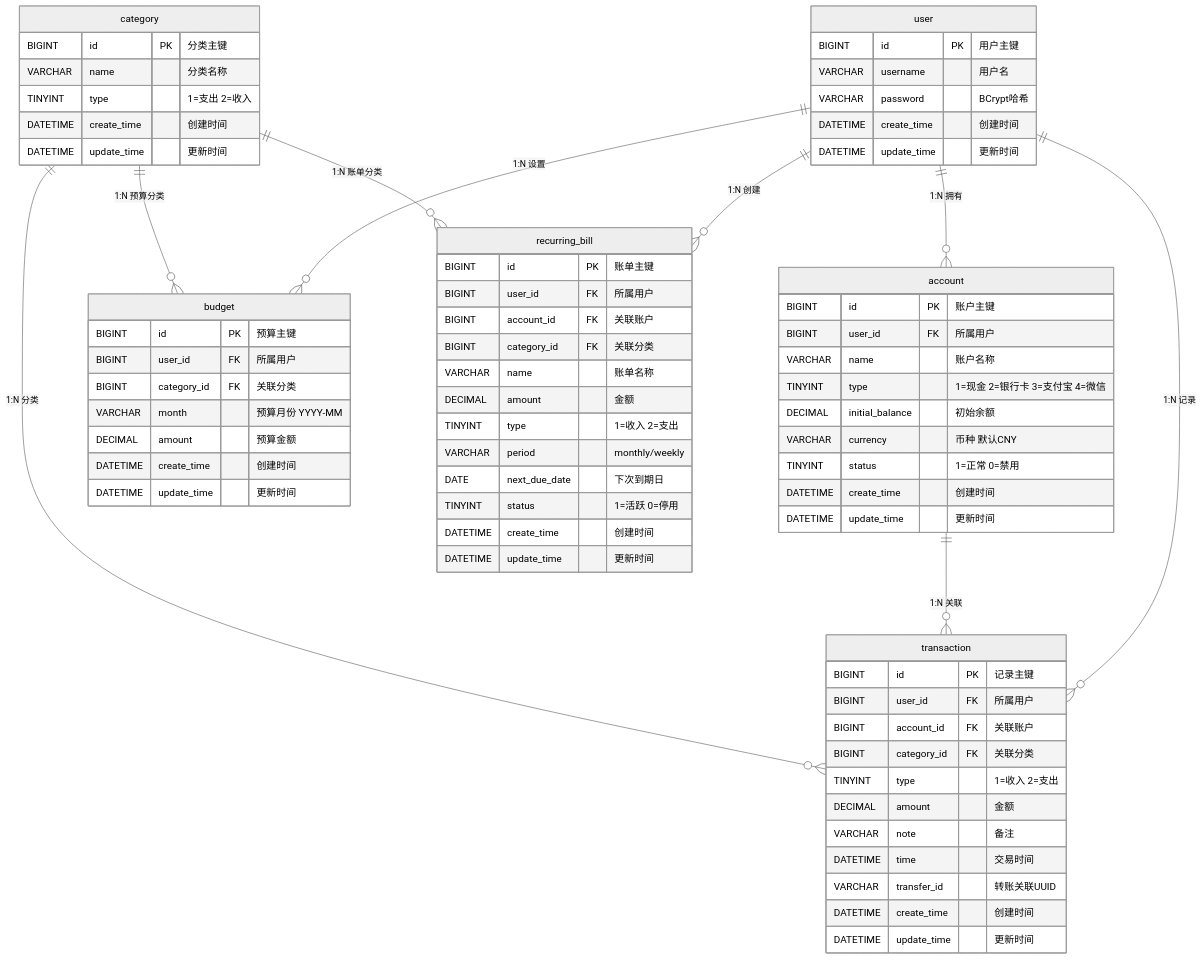
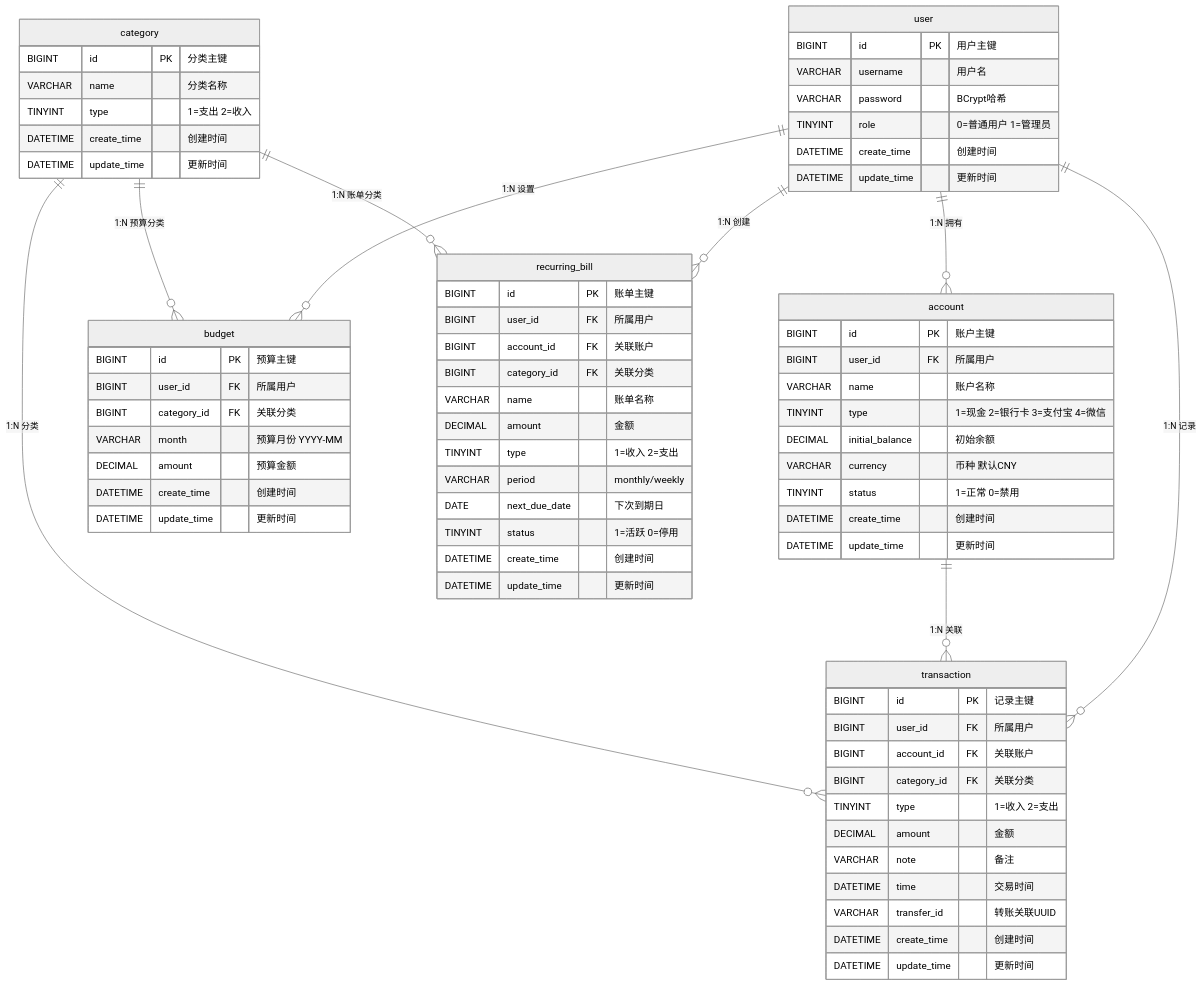
The diagram in system/docs/DATABASE_DESIGN.md (48ytw4q7zg-sudo/Question-12---Personal-Financial-Accounting-and-Analysis-System), drawn with Mermaid (neutral theme) before and after one commit. The commit also changed 52 other files, not shown here.

````diff
--- a/system/docs/DATABASE_DESIGN.md
+++ b/system/docs/DATABASE_DESIGN.md
@@ -10,73 +10,74 @@
 ```mermaid
 erDiagram
     user ||--o{ account : "1:N 拥有"
     user ||--o{ transaction : "1:N 记录"
     user ||--o{ budget : "1:N 设置"
     user ||--o{ recurring_bill : "1:N 创建"
     account ||--o{ transaction : "1:N 关联"
     category ||--o{ transaction : "1:N 分类"
     category ||--o{ budget : "1:N 预算分类"
     category ||--o{ recurring_bill : "1:N 账单分类"
 
     user {
         BIGINT id PK "用户主键"
         VARCHAR username "用户名"
         VARCHAR password "BCrypt哈希"
+        TINYINT role "0=普通用户 1=管理员"
         DATETIME create_time "创建时间"
         DATETIME update_time "更新时间"
     }
     account {
         BIGINT id PK "账户主键"
         BIGINT user_id FK "所属用户"
         VARCHAR name "账户名称"
         TINYINT type "1=现金 2=银行卡 3=支付宝 4=微信"
         DECIMAL initial_balance "初始余额"
         VARCHAR currency "币种 默认CNY"
         TINYINT status "1=正常 0=禁用"
         DATETIME create_time "创建时间"
         DATETIME update_time "更新时间"
     }
     category {
         BIGINT id PK "分类主键"
         VARCHAR name "分类名称"
         TINYINT type "1=支出 2=收入"
         DATETIME create_time "创建时间"
         DATETIME update_time "更新时间"
     }
     transaction {
         BIGINT id PK "记录主键"
         BIGINT user_id FK "所属用户"
         BIGINT account_id FK "关联账户"
         BIGINT category_id FK "关联分类"
         TINYINT type "1=收入 2=支出"
         DECIMAL amount "金额"
         VARCHAR note "备注"
         DATETIME time "交易时间"
         VARCHAR transfer_id "转账关联UUID"
         DATETIME create_time "创建时间"
         DATETIME update_time "更新时间"
     }
     budget {
         BIGINT id PK "预算主键"
         BIGINT user_id FK "所属用户"
         BIGINT category_id FK "关联分类"
         VARCHAR month "预算月份 YYYY-MM"
         DECIMAL amount "预算金额"
         DATETIME create_time "创建时间"
         DATETIME update_time "更新时间"
     }
     recurring_bill {
         BIGINT id PK "账单主键"
         BIGINT user_id FK "所属用户"
         BIGINT account_id FK "关联账户"
         BIGINT category_id FK "关联分类"
         VARCHAR name "账单名称"
         DECIMAL amount "金额"
         TINYINT type "1=收入 2=支出"
         VARCHAR period "monthly/weekly"
         DATE next_due_date "下次到期日"
         TINYINT status "1=活跃 0=停用"
         DATETIME create_time "创建时间"
         DATETIME update_time "更新时间"
     }
 ```
````
